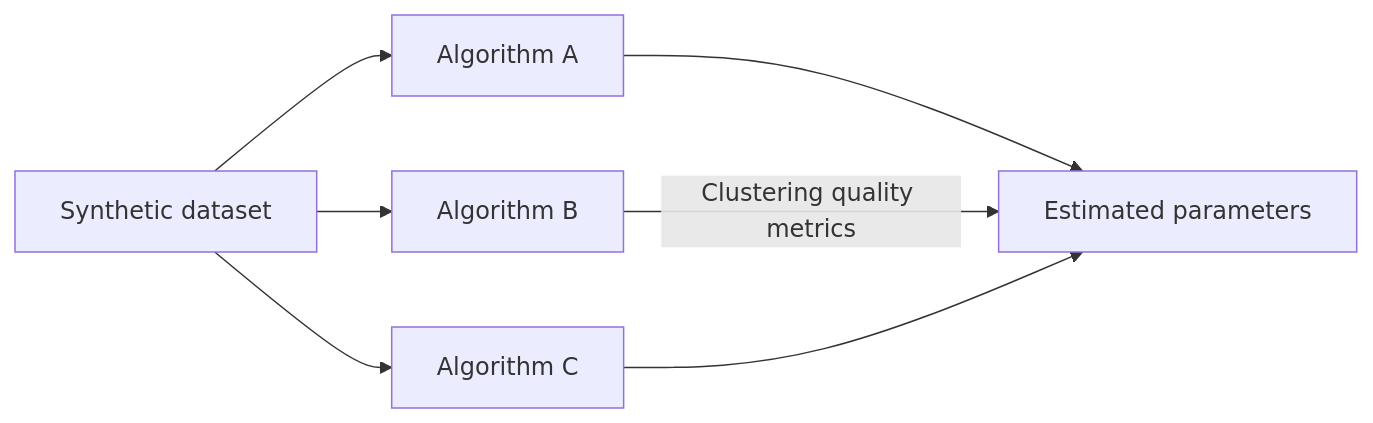
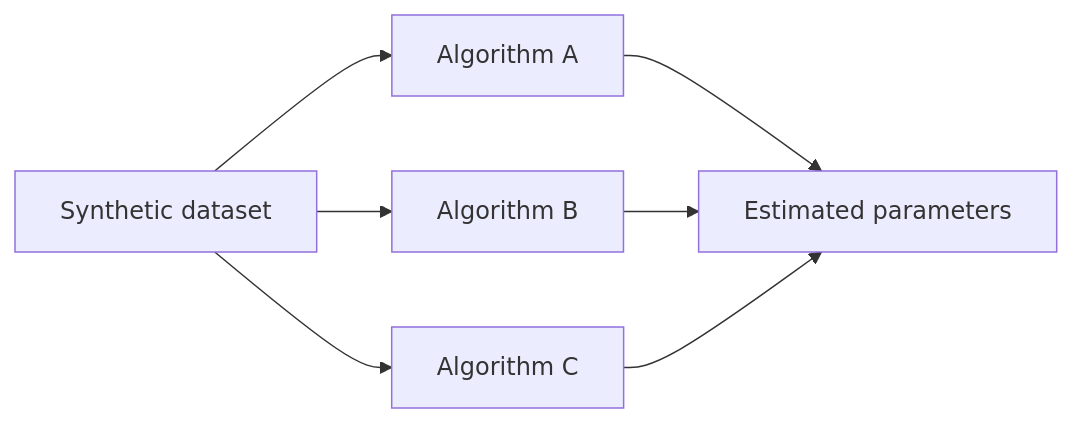
The third of 3 diagrams in README.md (GustavoRodovalho/SynthDataGen), drawn with Mermaid before and after one commit.

````diff
--- a/README.md
+++ b/README.md
@@ -43,10 +43,10 @@
 ```mermaid
 flowchart LR
     J[Synthetic dataset] --> K1[Algorithm A]
     J --> K2[Algorithm B]
     J --> K3[Algorithm C]
 
     K1 --> L[Estimated parameters]
-    K2 --> |Clustering quality metrics| L
+    K2 --> L
     K3 --> L
 ```
````
